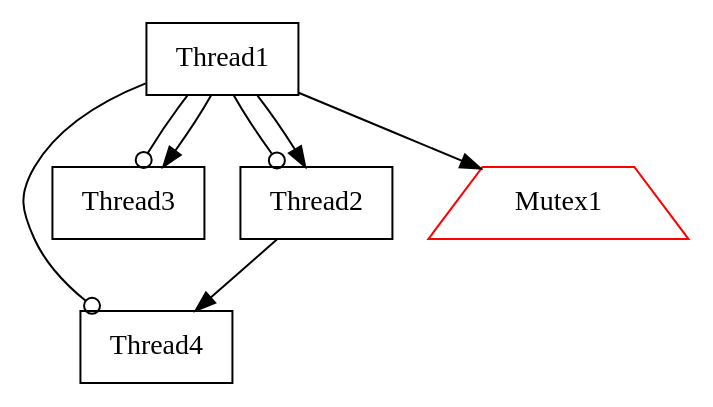
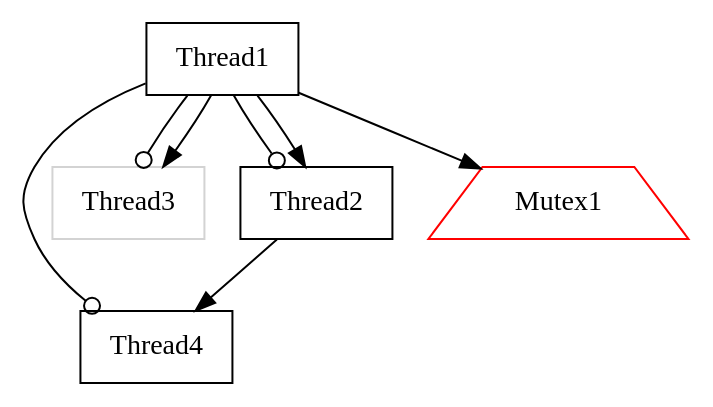
The diagram in view/graph009.dot (v4o6/cs410), drawn with Graphviz before and after one commit. The commit also changed 10 other files, not shown here.

Commit message:
Changed parser to update graph off of exit instrumented calls

```diff
--- a/view/graph009.dot
+++ b/view/graph009.dot
@@ -1,16 +1,16 @@
 digraph G {
 graph[page="8,10"];
 graph[center=1];
 Thread4 [shape=box,color=black];
-Thread3 [shape=box,color=black];
+Thread3 [shape=box,color=lightgray];
 Thread1 [shape=box,color=black];
 Thread1 -> Thread2 [arrowhead=odot];
 Thread1 -> Thread3 [arrowhead=odot];
 Thread1 -> Thread4 [arrowhead=odot];
 Thread1 -> Thread3 [arrowhead=normal];
 Thread1 -> Mutex1 [arrowhead=normal,color=black];
 Thread1 -> Thread2 [arrowhead=normal];
 Mutex1 [shape=trapezium,color=red];
 Thread2 [shape=box,color=black];
 Thread2 -> Thread4 [arrowhead=normal];
 }
```
